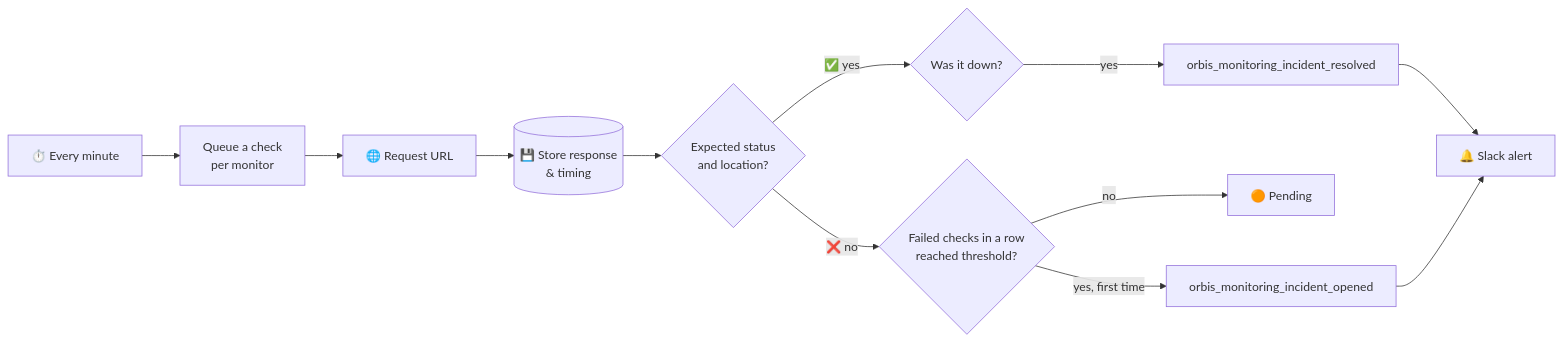
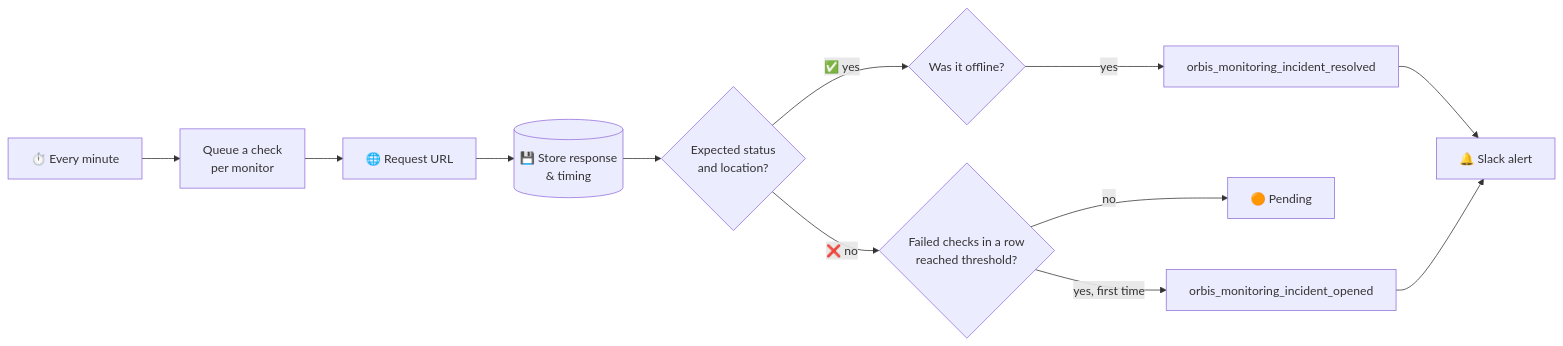
One commit to pronamic/wp-orbis-monitoring changed the diagram in README.md. Above: the diagram before and after it, drawn with Mermaid. The commit also changed other lines of this file and 12 other files, not shown here.

````diff
--- a/README.md
+++ b/README.md
@@ -47,14 +47,14 @@
 ```mermaid
 flowchart LR
     A[⏱️ Every minute] --> B[Queue a check<br/>per monitor]
     B --> C[🌐 Request URL]
     C --> D[(💾 Store response<br/>& timing)]
     D --> E{Expected status<br/>and location?}
-    E -- ✅ yes --> F{Was it down?}
+    E -- ✅ yes --> F{Was it offline?}
     F -- yes --> G[orbis_monitoring_incident_resolved]
     E -- ❌ no --> H{Failed checks in a row<br/>reached threshold?}
     H -- no --> I[🟠 Pending]
     H -- yes, first time --> J[orbis_monitoring_incident_opened]
     G --> K[🔔 Slack alert]
     J --> K
 ```
````
